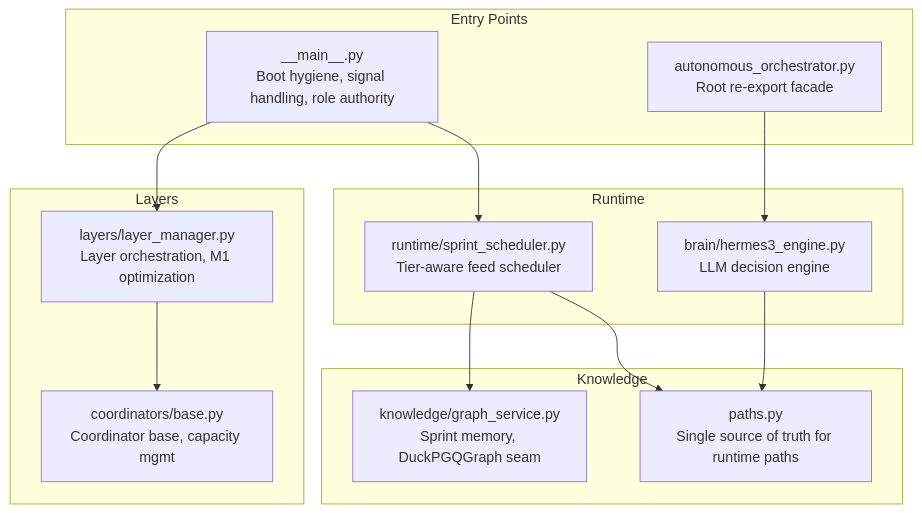
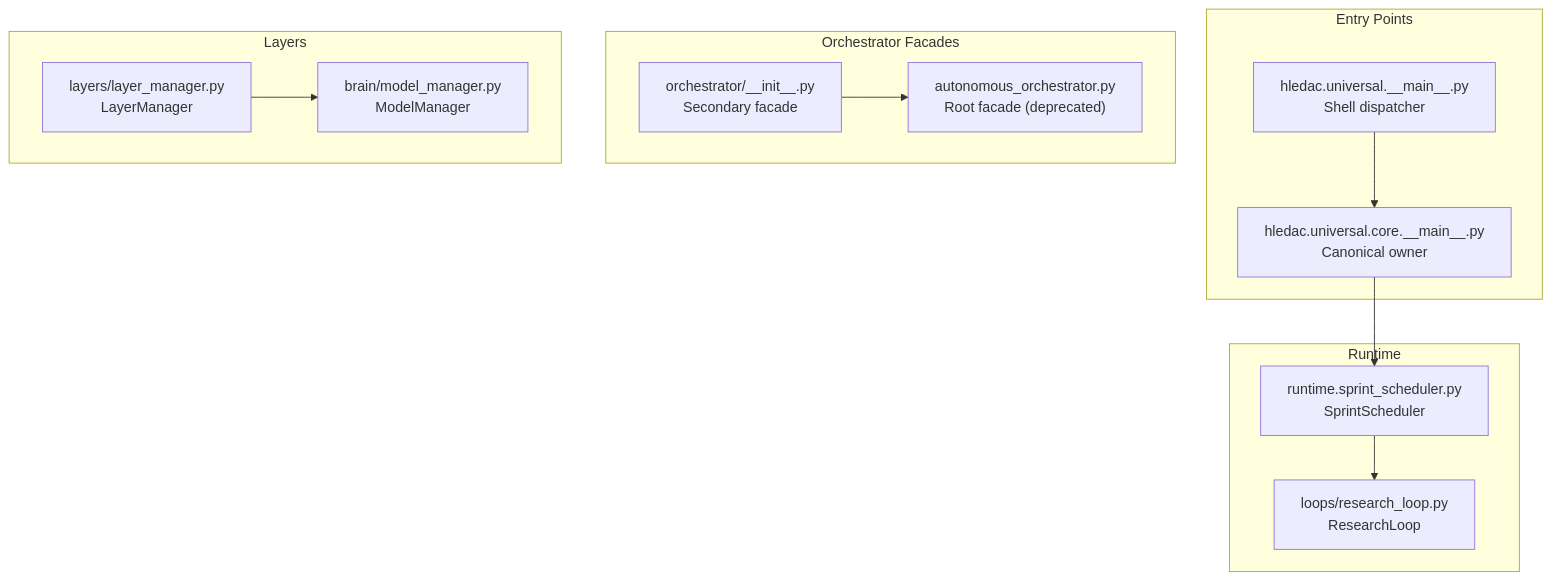
Before and after one commit to Hamulda/hledac-universal: the first of 11 diagrams in .qoder/repowiki/en/content/Core Architecture/Core Architecture.md, drawn with Mermaid. The commit also changed other lines of this file and 236 other files, not shown here.

Commit message:
feat: F234 prelive gate, acquisition strategy and sprint scheduler improvements

````diff
--- a/.qoder/repowiki/en/content/Core Architecture/Core Architecture.md
+++ b/.qoder/repowiki/en/content/Core Architecture/Core Architecture.md
@@ -41,26 +40,24 @@
 ```mermaid
 graph TB
 subgraph "Entry Points"
-MAIN["__main__.py<br/>Boot hygiene, signal handling, role authority"]
-AO["autonomous_orchestrator.py<br/>Root re-export facade"]
+RootMain["hledac.universal.__main__.py<br/>Shell dispatcher"]
+CoreMain["hledac.universal.core.__main__.py<br/>Canonical owner"]
+end
+subgraph "Runtime"
+Sched["runtime.sprint_scheduler.py<br/>SprintScheduler"]
+RL["loops/research_loop.py<br/>ResearchLoop"]
+end
+subgraph "Orchestrator Facades"
+OrchInit["orchestrator/__init__.py<br/>Secondary facade"]
+AutoOrch["autonomous_orchestrator.py<br/>Root facade (deprecated)"]
 end
 subgraph "Layers"
-LM["layers/layer_manager.py<br/>Layer orchestration, M1 optimization"]
-COORD["coordinators/base.py<br/>Coordinator base, capacity mgmt"]
+LayerMgr["layers/layer_manager.py<br/>LayerManager"]
+ModelMgr["brain/model_manager.py<br/>ModelManager"]
 end
-subgraph "Runtime"
-SCHED["runtime/sprint_scheduler.py<br/>Tier-aware feed scheduler"]
-HERMES["brain/hermes3_engine.py<br/>LLM decision engine"]
-end
-subgraph "Knowledge"
-GRAPH["knowledge/graph_service.py<br/>Sprint memory, DuckPGQGraph seam"]
-PATHS["paths.py<br/>Single source of truth for runtime paths"]
-end
-MAIN --> LM
-MAIN --> SCHED
-AO --> HERMES
-LM --> COORD
-SCHED --> GRAPH
-SCHED --> PATHS
-HERMES --> PATHS
+RootMain --> CoreMain
+CoreMain --> Sched
+Sched --> RL
+OrchInit --> AutoOrch
+LayerMgr --> ModelMgr
 ```
````
